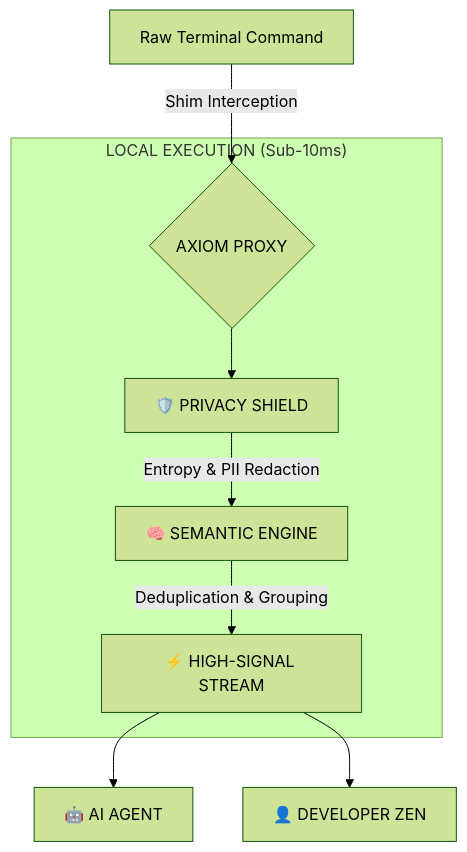
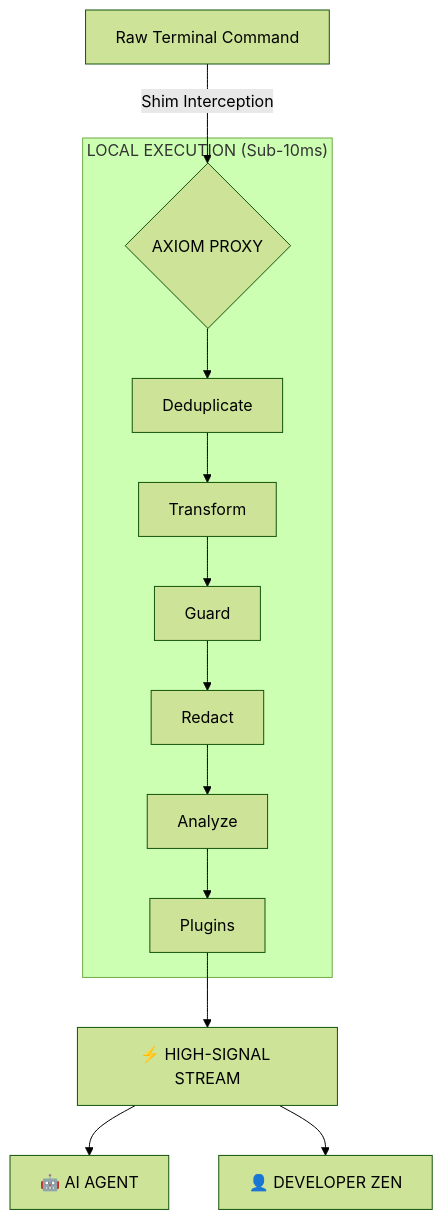
Before and after one commit to pinedamg/axiom-cli: the diagram in README.md, drawn with Mermaid (forest theme). The commit also changed 8 other files, not shown here.

Commit message:
📚 Documentation Sync: Update CLI, Architecture, and Localization

````diff
--- a/README.md
+++ b/README.md
@@ -75,13 +75,17 @@
 ```mermaid
 graph TD
     A[Raw Terminal Command] -->|Shim Interception| B{AXIOM PROXY}
     
     subgraph "LOCAL EXECUTION (Sub-10ms)"
-    B --> C[🛡️ PRIVACY SHIELD]
-    C -->|Entropy & PII Redaction| D[🧠 SEMANTIC ENGINE]
-    D -->|Deduplication & Grouping| E[⚡ HIGH-SIGNAL STREAM]
+    B --> C[Deduplicate]
+    C --> D[Transform]
+    D --> E[Guard]
+    E --> F[Redact]
+    F --> G[Analyze]
+    G --> H[Plugins]
     end
     
-    E --> F[🤖 AI AGENT]
-    E --> G[👤 DEVELOPER ZEN]
+    H --> I[⚡ HIGH-SIGNAL STREAM]
+    I --> J[🤖 AI AGENT]
+    I --> K[👤 DEVELOPER ZEN]
 ```
````
